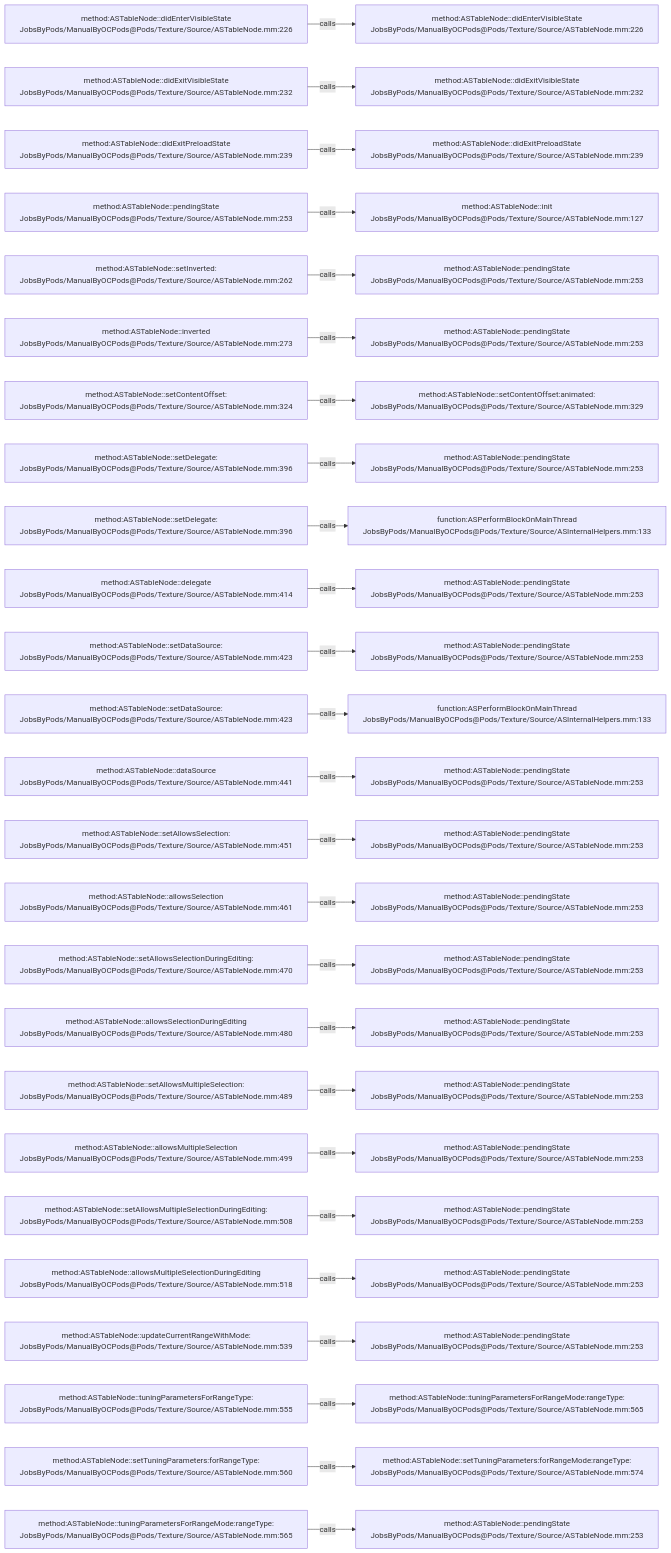
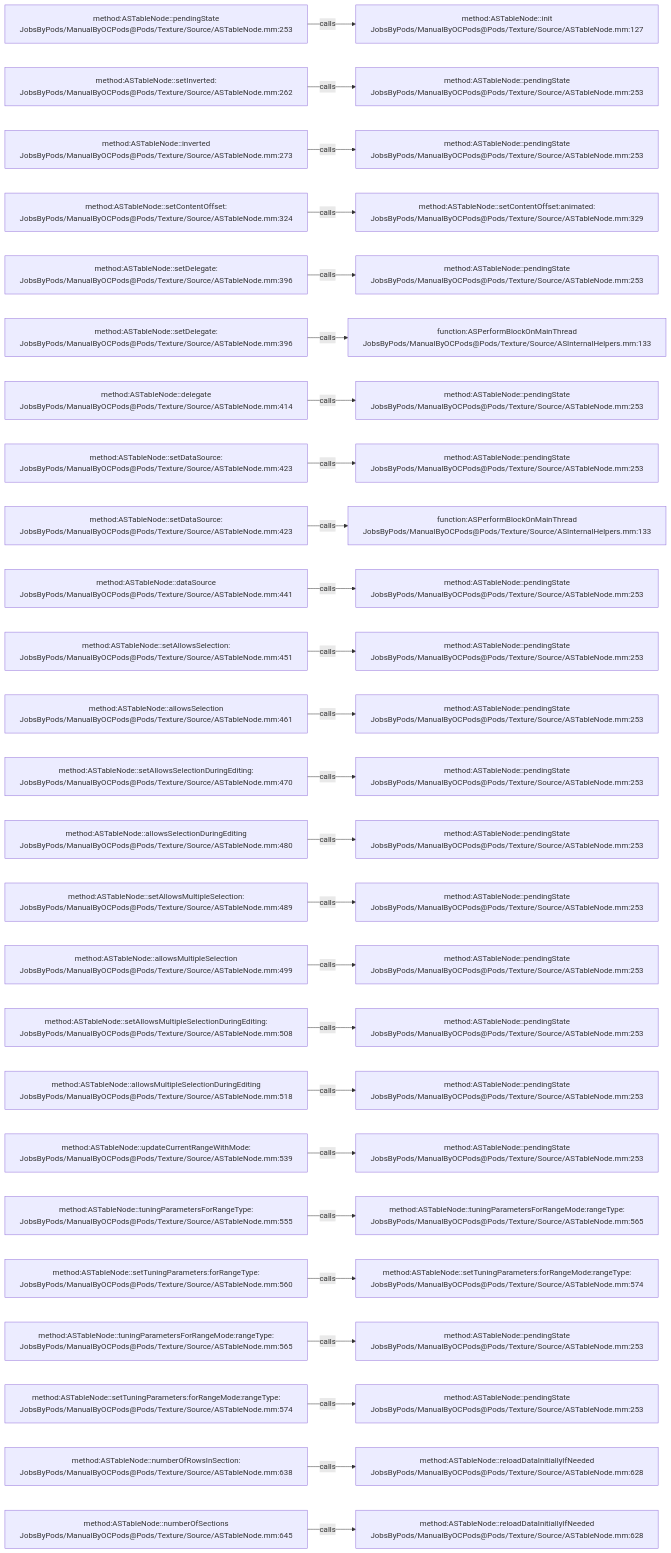
The diagram in .codegraph/codegraph.md/graphs/calls-125.md (JobsKits/JobsOCBaseConfigDemo), drawn with Mermaid before and after one commit. The commit also changed 342 other files, not shown here.

````diff
--- a/.codegraph/codegraph.md/graphs/calls-125.md
+++ b/.codegraph/codegraph.md/graphs/calls-125.md
@@ -13,78 +13,78 @@
 ```mermaid
 flowchart LR
-  S1["method:ASTableNode::didEnterVisibleState<br/>JobsByPods/ManualByOCPods@Pods/Texture/Source/ASTableNode.mm:226"]
-  T1["method:ASTableNode::didEnterVisibleState<br/>JobsByPods/ManualByOCPods@Pods/Texture/Source/ASTableNode.mm:226"]
+  S1["method:ASTableNode::pendingState<br/>JobsByPods/ManualByOCPods@Pods/Texture/Source/ASTableNode.mm:253"]
+  T1["method:ASTableNode::init<br/>JobsByPods/ManualByOCPods@Pods/Texture/Source/ASTableNode.mm:127"]
   S1 -->|calls| T1
-  S2["method:ASTableNode::didExitVisibleState<br/>JobsByPods/ManualByOCPods@Pods/Texture/Source/ASTableNode.mm:232"]
-  T2["method:ASTableNode::didExitVisibleState<br/>JobsByPods/ManualByOCPods@Pods/Texture/Source/ASTableNode.mm:232"]
+  S2["method:ASTableNode::setInverted:<br/>JobsByPods/ManualByOCPods@Pods/Texture/Source/ASTableNode.mm:262"]
+  T2["method:ASTableNode::pendingState<br/>JobsByPods/ManualByOCPods@Pods/Texture/Source/ASTableNode.mm:253"]
   S2 -->|calls| T2
-  S3["method:ASTableNode::didExitPreloadState<br/>JobsByPods/ManualByOCPods@Pods/Texture/Source/ASTableNode.mm:239"]
-  T3["method:ASTableNode::didExitPreloadState<br/>JobsByPods/ManualByOCPods@Pods/Texture/Source/ASTableNode.mm:239"]
+  S3["method:ASTableNode::inverted<br/>JobsByPods/ManualByOCPods@Pods/Texture/Source/ASTableNode.mm:273"]
+  T3["method:ASTableNode::pendingState<br/>JobsByPods/ManualByOCPods@Pods/Texture/Source/ASTableNode.mm:253"]
   S3 -->|calls| T3
-  S4["method:ASTableNode::pendingState<br/>JobsByPods/ManualByOCPods@Pods/Texture/Source/ASTableNode.mm:253"]
-  T4["method:ASTableNode::init<br/>JobsByPods/ManualByOCPods@Pods/Texture/Source/ASTableNode.mm:127"]
+  S4["method:ASTableNode::setContentOffset:<br/>JobsByPods/ManualByOCPods@Pods/Texture/Source/ASTableNode.mm:324"]
+  T4["method:ASTableNode::setContentOffset:animated:<br/>JobsByPods/ManualByOCPods@Pods/Texture/Source/ASTableNode.mm:329"]
   S4 -->|calls| T4
-  S5["method:ASTableNode::setInverted:<br/>JobsByPods/ManualByOCPods@Pods/Texture/Source/ASTableNode.mm:262"]
+  S5["method:ASTableNode::setDelegate:<br/>JobsByPods/ManualByOCPods@Pods/Texture/Source/ASTableNode.mm:396"]
   T5["method:ASTableNode::pendingState<br/>JobsByPods/ManualByOCPods@Pods/Texture/Source/ASTableNode.mm:253"]
   S5 -->|calls| T5
-  S6["method:ASTableNode::inverted<br/>JobsByPods/ManualByOCPods@Pods/Texture/Source/ASTableNode.mm:273"]
-  T6["method:ASTableNode::pendingState<br/>JobsByPods/ManualByOCPods@Pods/Texture/Source/ASTableNode.mm:253"]
+  S6["method:ASTableNode::setDelegate:<br/>JobsByPods/ManualByOCPods@Pods/Texture/Source/ASTableNode.mm:396"]
+  T6["function:ASPerformBlockOnMainThread<br/>JobsByPods/ManualByOCPods@Pods/Texture/Source/ASInternalHelpers.mm:133"]
   S6 -->|calls| T6
-  S7["method:ASTableNode::setContentOffset:<br/>JobsByPods/ManualByOCPods@Pods/Texture/Source/ASTableNode.mm:324"]
-  T7["method:ASTableNode::setContentOffset:animated:<br/>JobsByPods/ManualByOCPods@Pods/Texture/Source/ASTableNode.mm:329"]
+  S7["method:ASTableNode::delegate<br/>JobsByPods/ManualByOCPods@Pods/Texture/Source/ASTableNode.mm:414"]
+  T7["method:ASTableNode::pendingState<br/>JobsByPods/ManualByOCPods@Pods/Texture/Source/ASTableNode.mm:253"]
   S7 -->|calls| T7
-  S8["method:ASTableNode::setDelegate:<br/>JobsByPods/ManualByOCPods@Pods/Texture/Source/ASTableNode.mm:396"]
+  S8["method:ASTableNode::setDataSource:<br/>JobsByPods/ManualByOCPods@Pods/Texture/Source/ASTableNode.mm:423"]
   T8["method:ASTableNode::pendingState<br/>JobsByPods/ManualByOCPods@Pods/Texture/Source/ASTableNode.mm:253"]
   S8 -->|calls| T8
-  S9["method:ASTableNode::setDelegate:<br/>JobsByPods/ManualByOCPods@Pods/Texture/Source/ASTableNode.mm:396"]
+  S9["method:ASTableNode::setDataSource:<br/>JobsByPods/ManualByOCPods@Pods/Texture/Source/ASTableNode.mm:423"]
   T9["function:ASPerformBlockOnMainThread<br/>JobsByPods/ManualByOCPods@Pods/Texture/Source/ASInternalHelpers.mm:133"]
   S9 -->|calls| T9
-  S10["method:ASTableNode::delegate<br/>JobsByPods/ManualByOCPods@Pods/Texture/Source/ASTableNode.mm:414"]
+  S10["method:ASTableNode::dataSource<br/>JobsByPods/ManualByOCPods@Pods/Texture/Source/ASTableNode.mm:441"]
   T10["method:ASTableNode::pendingState<br/>JobsByPods/ManualByOCPods@Pods/Texture/Source/ASTableNode.mm:253"]
   S10 -->|calls| T10
-  S11["method:ASTableNode::setDataSource:<br/>JobsByPods/ManualByOCPods@Pods/Texture/Source/ASTableNode.mm:423"]
+  S11["method:ASTableNode::setAllowsSelection:<br/>JobsByPods/ManualByOCPods@Pods/Texture/Source/ASTableNode.mm:451"]
   T11["method:ASTableNode::pendingState<br/>JobsByPods/ManualByOCPods@Pods/Texture/Source/ASTableNode.mm:253"]
   S11 -->|calls| T11
-  S12["method:ASTableNode::setDataSource:<br/>JobsByPods/ManualByOCPods@Pods/Texture/Source/ASTableNode.mm:423"]
-  T12["function:ASPerformBlockOnMainThread<br/>JobsByPods/ManualByOCPods@Pods/Texture/Source/ASInternalHelpers.mm:133"]
+  S12["method:ASTableNode::allowsSelection<br/>JobsByPods/ManualByOCPods@Pods/Texture/Source/ASTableNode.mm:461"]
+  T12["method:ASTableNode::pendingState<br/>JobsByPods/ManualByOCPods@Pods/Texture/Source/ASTableNode.mm:253"]
   S12 -->|calls| T12
-  S13["method:ASTableNode::dataSource<br/>JobsByPods/ManualByOCPods@Pods/Texture/Source/ASTableNode.mm:441"]
+  S13["method:ASTableNode::setAllowsSelectionDuringEditing:<br/>JobsByPods/ManualByOCPods@Pods/Texture/Source/ASTableNode.mm:470"]
   T13["method:ASTableNode::pendingState<br/>JobsByPods/ManualByOCPods@Pods/Texture/Source/ASTableNode.mm:253"]
   S13 -->|calls| T13
-  S14["method:ASTableNode::setAllowsSelection:<br/>JobsByPods/ManualByOCPods@Pods/Texture/Source/ASTableNode.mm:451"]
+  S14["method:ASTableNode::allowsSelectionDuringEditing<br/>JobsByPods/ManualByOCPods@Pods/Texture/Source/ASTableNode.mm:480"]
   T14["method:ASTableNode::pendingState<br/>JobsByPods/ManualByOCPods@Pods/Texture/Source/ASTableNode.mm:253"]
   S14 -->|calls| T14
-  S15["method:ASTableNode::allowsSelection<br/>JobsByPods/ManualByOCPods@Pods/Texture/Source/ASTableNode.mm:461"]
+  S15["method:ASTableNode::setAllowsMultipleSelection:<br/>JobsByPods/ManualByOCPods@Pods/Texture/Source/ASTableNode.mm:489"]
   T15["method:ASTableNode::pendingState<br/>JobsByPods/ManualByOCPods@Pods/Texture/Source/ASTableNode.mm:253"]
   S15 -->|calls| T15
-  S16["method:ASTableNode::setAllowsSelectionDuringEditing:<br/>JobsByPods/ManualByOCPods@Pods/Texture/Source/ASTableNode.mm:470"]
+  S16["method:ASTableNode::allowsMultipleSelection<br/>JobsByPods/ManualByOCPods@Pods/Texture/Source/ASTableNode.mm:499"]
   T16["method:ASTableNode::pendingState<br/>JobsByPods/ManualByOCPods@Pods/Texture/Source/ASTableNode.mm:253"]
   S16 -->|calls| T16
-  S17["method:ASTableNode::allowsSelectionDuringEditing<br/>JobsByPods/ManualByOCPods@Pods/Texture/Source/ASTableNode.mm:480"]
+  S17["method:ASTableNode::setAllowsMultipleSelectionDuringEditing:<br/>JobsByPods/ManualByOCPods@Pods/Texture/Source/ASTableNode.mm:508"]
   T17["method:ASTableNode::pendingState<br/>JobsByPods/ManualByOCPods@Pods/Texture/Source/ASTableNode.mm:253"]
   S17 -->|calls| T17
-  S18["method:ASTableNode::setAllowsMultipleSelection:<br/>JobsByPods/ManualByOCPods@Pods/Texture/Source/ASTableNode.mm:489"]
+  S18["method:ASTableNode::allowsMultipleSelectionDuringEditing<br/>JobsByPods/ManualByOCPods@Pods/Texture/Source/ASTableNode.mm:518"]
   T18["method:ASTableNode::pendingState<br/>JobsByPods/ManualByOCPods@Pods/Texture/Source/ASTableNode.mm:253"]
   S18 -->|calls| T18
-  S19["method:ASTableNode::allowsMultipleSelection<br/>JobsByPods/ManualByOCPods@Pods/Texture/Source/ASTableNode.mm:499"]
+  S19["method:ASTableNode::updateCurrentRangeWithMode:<br/>JobsByPods/ManualByOCPods@Pods/Texture/Source/ASTableNode.mm:539"]
   T19["method:ASTableNode::pendingState<br/>JobsByPods/ManualByOCPods@Pods/Texture/Source/ASTableNode.mm:253"]
   S19 -->|calls| T19
-  S20["method:ASTableNode::setAllowsMultipleSelectionDuringEditing:<br/>JobsByPods/ManualByOCPods@Pods/Texture/Source/ASTableNode.mm:508"]
-  T20["method:ASTableNode::pendingState<br/>JobsByPods/ManualByOCPods@Pods/Texture/Source/ASTableNode.mm:253"]
+  S20["method:ASTableNode::tuningParametersForRangeType:<br/>JobsByPods/ManualByOCPods@Pods/Texture/Source/ASTableNode.mm:555"]
+  T20["method:ASTableNode::tuningParametersForRangeMode:rangeType:<br/>JobsByPods/ManualByOCPods@Pods/Texture/Source/ASTableNode.mm:565"]
   S20 -->|calls| T20
-  S21["method:ASTableNode::allowsMultipleSelectionDuringEditing<br/>JobsByPods/ManualByOCPods@Pods/Texture/Source/ASTableNode.mm:518"]
-  T21["method:ASTableNode::pendingState<br/>JobsByPods/ManualByOCPods@Pods/Texture/Source/ASTableNode.mm:253"]
+  S21["method:ASTableNode::setTuningParameters:forRangeType:<br/>JobsByPods/ManualByOCPods@Pods/Texture/Source/ASTableNode.mm:560"]
+  T21["method:ASTableNode::setTuningParameters:forRangeMode:rangeType:<br/>JobsByPods/ManualByOCPods@Pods/Texture/Source/ASTableNode.mm:574"]
   S21 -->|calls| T21
-  S22["method:ASTableNode::updateCurrentRangeWithMode:<br/>JobsByPods/ManualByOCPods@Pods/Texture/Source/ASTableNode.mm:539"]
+  S22["method:ASTableNode::tuningParametersForRangeMode:rangeType:<br/>JobsByPods/ManualByOCPods@Pods/Texture/Source/ASTableNode.mm:565"]
   T22["method:ASTableNode::pendingState<br/>JobsByPods/ManualByOCPods@Pods/Texture/Source/ASTableNode.mm:253"]
   S22 -->|calls| T22
-  S23["method:ASTableNode::tuningParametersForRangeType:<br/>JobsByPods/ManualByOCPods@Pods/Texture/Source/ASTableNode.mm:555"]
-  T23["method:ASTableNode::tuningParametersForRangeMode:rangeType:<br/>JobsByPods/ManualByOCPods@Pods/Texture/Source/ASTableNode.mm:565"]
+  S23["method:ASTableNode::setTuningParameters:forRangeMode:rangeType:<br/>JobsByPods/ManualByOCPods@Pods/Texture/Source/ASTableNode.mm:574"]
+  T23["method:ASTableNode::pendingState<br/>JobsByPods/ManualByOCPods@Pods/Texture/Source/ASTableNode.mm:253"]
   S23 -->|calls| T23
-  S24["method:ASTableNode::setTuningParameters:forRangeType:<br/>JobsByPods/ManualByOCPods@Pods/Texture/Source/ASTableNode.mm:560"]
-  T24["method:ASTableNode::setTuningParameters:forRangeMode:rangeType:<br/>JobsByPods/ManualByOCPods@Pods/Texture/Source/ASTableNode.mm:574"]
+  S24["method:ASTableNode::numberOfRowsInSection:<br/>JobsByPods/ManualByOCPods@Pods/Texture/Source/ASTableNode.mm:638"]
+  T24["method:ASTableNode::reloadDataInitiallyIfNeeded<br/>JobsByPods/ManualByOCPods@Pods/Texture/Source/ASTableNode.mm:628"]
   S24 -->|calls| T24
-  S25["method:ASTableNode::tuningParametersForRangeMode:rangeType:<br/>JobsByPods/ManualByOCPods@Pods/Texture/Source/ASTableNode.mm:565"]
-  T25["method:ASTableNode::pendingState<br/>JobsByPods/ManualByOCPods@Pods/Texture/Source/ASTableNode.mm:253"]
+  S25["method:ASTableNode::numberOfSections<br/>JobsByPods/ManualByOCPods@Pods/Texture/Source/ASTableNode.mm:645"]
+  T25["method:ASTableNode::reloadDataInitiallyIfNeeded<br/>JobsByPods/ManualByOCPods@Pods/Texture/Source/ASTableNode.mm:628"]
   S25 -->|calls| T25
 ```
````
